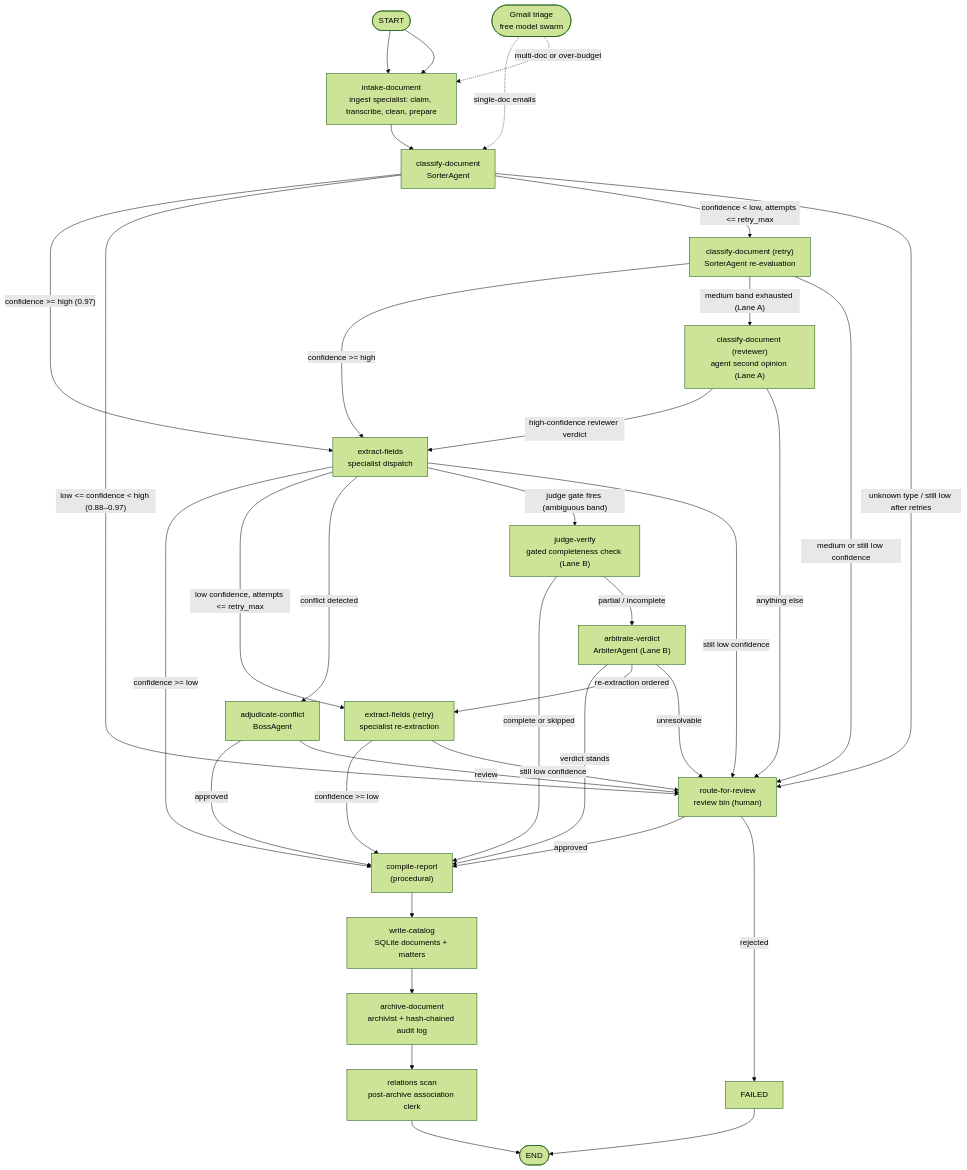
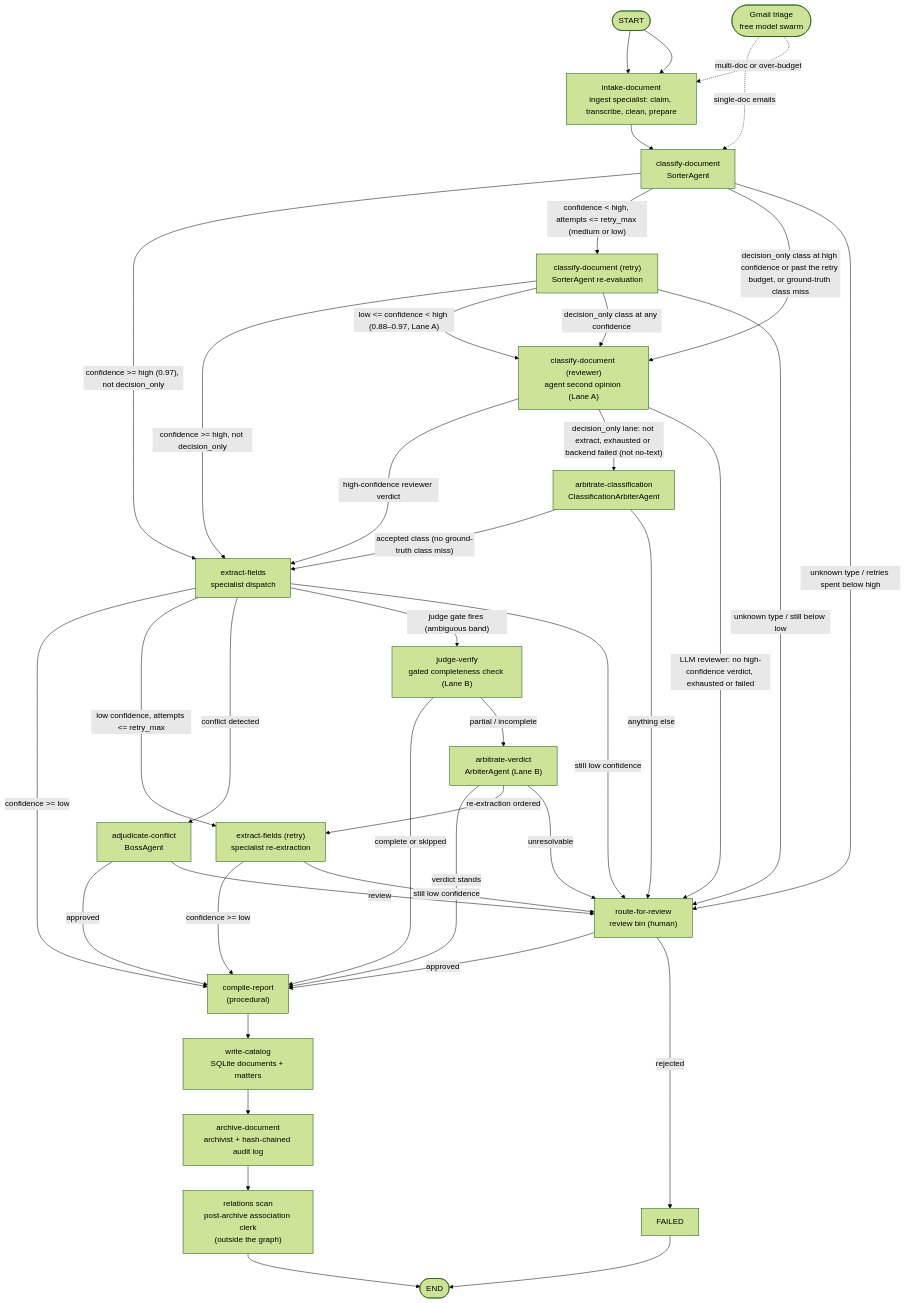
One commit to Exios66/llm-mailroom changed the first of 2 diagrams in README.md. Above: the diagram before and after it, drawn with Mermaid (forest theme). The commit also changed other lines of this file and 108 other files, not shown here.

````diff
--- a/README.md
+++ b/README.md
@@ -285,57 +285,63 @@
 ```mermaid
+%% Production routing with oracle routing off. Cutoffs shown are the global defaults; per-class overrides in taxonomy.yaml (for example corporate_record) shift them.
 flowchart TD
     START([START]) --> INTAKE
 
     INTAKE["intake-document<br/>ingest specialist: claim, transcribe, clean, prepare"]
     CLASSIFY["classify-document<br/>SorterAgent"]
     RETRY_CLASS["classify-document (retry)<br/>SorterAgent re-evaluation"]
     REVIEW_CLASS["classify-document (reviewer)<br/>agent second opinion (Lane A)"]
+    CLASS_ARBITER["arbitrate-classification<br/>ClassificationArbiterAgent"]
     EXTRACT["extract-fields<br/>specialist dispatch"]
     RETRY_EXTRACT["extract-fields (retry)<br/>specialist re-extraction"]
     JUDGE["judge-verify<br/>gated completeness check (Lane B)"]
     ARBITER["arbitrate-verdict<br/>ArbiterAgent (Lane B)"]
     BOSS["adjudicate-conflict<br/>BossAgent"]
     REVIEW["route-for-review<br/>review bin (human)"]
     REPORT["compile-report<br/>(procedural)"]
     CATALOG["write-catalog<br/>SQLite documents + matters"]
     ARCHIVE["archive-document<br/>archivist + hash-chained audit log"]
-    RELATIONS["relations scan<br/>post-archive association clerk"]
+    RELATIONS["relations scan<br/>post-archive association clerk<br/>(outside the graph)"]
     FAILED["FAILED"]
     ENDX([END])
 
     START --> INTAKE
     INTAKE --> CLASSIFY
 
-    CLASSIFY -- "confidence >= high (0.97)" --> EXTRACT
-    CLASSIFY -- "low <= confidence < high (0.88–0.97)" --> REVIEW
-    CLASSIFY -- "confidence < low, attempts <= retry_max" --> RETRY_CLASS
-    CLASSIFY -- "unknown type / still low after retries" --> REVIEW
-    RETRY_CLASS -- "confidence >= high" --> EXTRACT
-    RETRY_CLASS -- "medium band exhausted (Lane A)" --> REVIEW_CLASS
-    RETRY_CLASS -- "medium or still low confidence" --> REVIEW
+    CLASSIFY -- "confidence >= high (0.97), not decision_only" --> EXTRACT
+    CLASSIFY -- "confidence < high, attempts <= retry_max (medium or low)" --> RETRY_CLASS
+    CLASSIFY -- "decision_only class at high confidence or past the retry budget, or ground-truth class miss" --> REVIEW_CLASS
+    CLASSIFY -- "unknown type / retries spent below high" --> REVIEW
+    RETRY_CLASS -- "confidence >= high, not decision_only" --> EXTRACT
+    RETRY_CLASS -- "low <= confidence < high (0.88–0.97, Lane A)" --> REVIEW_CLASS
+    RETRY_CLASS -- "decision_only class at any confidence" --> REVIEW_CLASS
+    RETRY_CLASS -- "unknown type / still below low" --> REVIEW
     REVIEW_CLASS -- "high-confidence reviewer verdict" --> EXTRACT
-    REVIEW_CLASS -- "anything else" --> REVIEW
+    REVIEW_CLASS -- "decision_only lane: not extract, exhausted or backend failed (not no-text)" --> CLASS_ARBITER
+    REVIEW_CLASS -- "LLM reviewer: no high-confidence verdict, exhausted or failed" --> REVIEW
+    CLASS_ARBITER -- "accepted class (no ground-truth class miss)" --> EXTRACT
+    CLASS_ARBITER -- "anything else" --> REVIEW
 
     EXTRACT -- "confidence >= low" --> REPORT
     EXTRACT -- "low confidence, attempts <= retry_max" --> RETRY_EXTRACT
     EXTRACT -- "conflict detected" --> BOSS
     EXTRACT -- "judge gate fires (ambiguous band)" --> JUDGE
     EXTRACT -- "still low confidence" --> REVIEW
     RETRY_EXTRACT -- "confidence >= low" --> REPORT
     RETRY_EXTRACT -- "still low confidence" --> REVIEW
 
     JUDGE -- "complete or skipped" --> REPORT
     JUDGE -- "partial / incomplete" --> ARBITER
     ARBITER -- "verdict stands" --> REPORT
     ARBITER -- "re-extraction ordered" --> RETRY_EXTRACT
     ARBITER -- "unresolvable" --> REVIEW
     BOSS -- "approved" --> REPORT
     BOSS -- "review" --> REVIEW
     REVIEW -- "approved" --> REPORT
     REVIEW -- "rejected" --> FAILED --> ENDX
 
     REPORT --> CATALOG --> ARCHIVE --> RELATIONS --> ENDX
 
     GMAIL([Gmail triage<br/>free model swarm]) -.->|single-doc emails| CLASSIFY
     GMAIL -.->|multi-doc or over-budget| INTAKE
 ```
````
